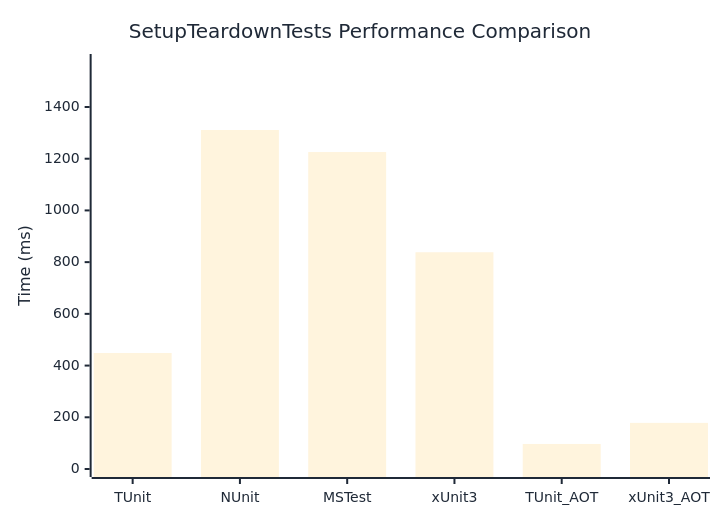
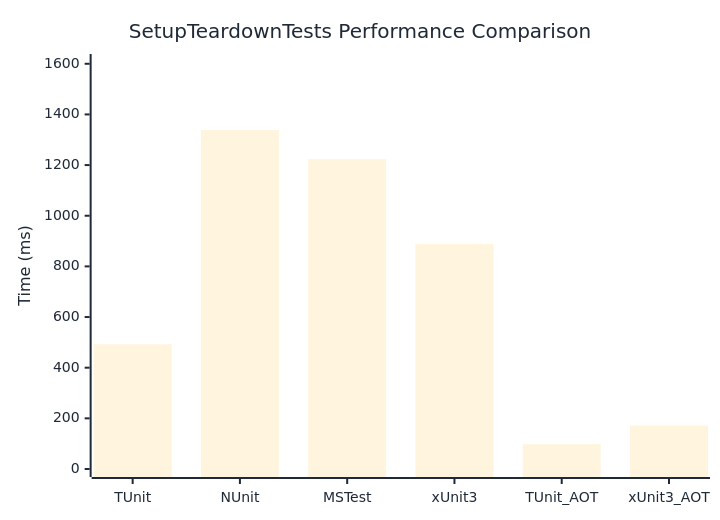
One commit to thomhurst/TUnit changed the diagram in docs/docs/benchmarks/engine/SetupTeardownTests.md. Above: the diagram before and after it, drawn with Mermaid. The commit also changed other lines of this file and 18 other files, not shown here.

````diff
--- a/docs/docs/benchmarks/engine/SetupTeardownTests.md
+++ b/docs/docs/benchmarks/engine/SetupTeardownTests.md
@@ -30,37 +30,37 @@
 ```mermaid
 %%{init: {
   'theme':'base',
   'themeVariables': {
     'primaryColor': '#2563eb',
     'primaryTextColor': '#1f2937',
     'primaryBorderColor': '#1e40af',
     'lineColor': '#6b7280',
     'secondaryColor': '#7c3aed',
     'tertiaryColor': '#dc2626',
     'background': '#ffffff',
     'mainBkg': '#2563eb',
     'secondBkg': '#7c3aed',
     'tertiaryBkg': '#dc2626',
     'clusterBkg': '#f3f4f6',
     'edgeLabelBackground': '#ffffff',
     'tertiaryTextColor': '#1f2937',
     'pie1': '#2563eb',
     'pie2': '#7c3aed',
     'pie3': '#dc2626',
     'pie4': '#f59e0b',
     'pie5': '#10b981',
     'pie6': '#06b6d4',
     'pie7': '#ec4899',
     'pie8': '#6366f1',
     'pie9': '#84cc16',
     'pie10': '#f97316',
     'pie11': '#14b8a6',
     'pie12': '#a855f7'
   }
 }}%%
 xychart-beta
   title "SetupTeardownTests Performance Comparison"
   x-axis ["TUnit", "NUnit", "MSTest", "xUnit3", "TUnit_AOT", "xUnit3_AOT"]
-  y-axis "Time (ms)" 0 --> 1574
-  bar [448.61, 1310.99, 1225.75, 838.25, 96.81, 178.42]
+  y-axis "Time (ms)" 0 --> 1607
+  bar [492.58, 1338.37, 1223.28, 888.97, 97.8, 171.34]
 ```
````
